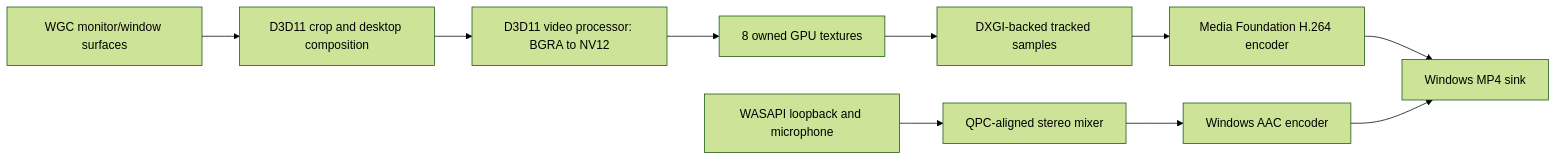
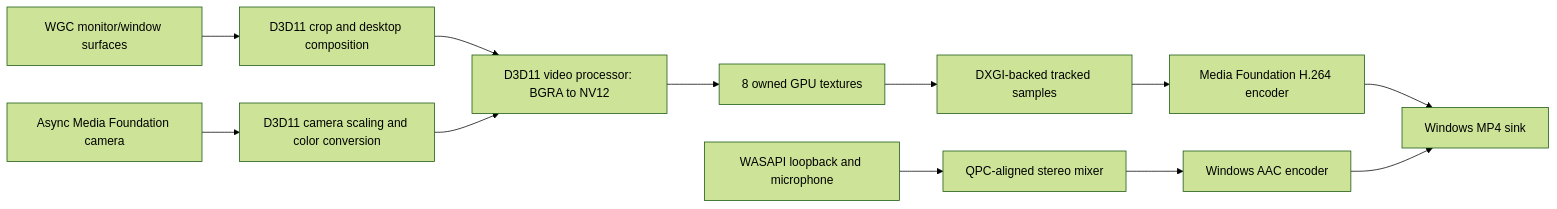
One commit to DDDMUC/ShareX changed the diagram in ShareX.ScreenRecordingLib/README.md. Above: the diagram before and after it, drawn with Mermaid (forest theme). The commit also changed other lines of this file and 41 other files, not shown here.

````diff
--- a/ShareX.ScreenRecordingLib/README.md
+++ b/ShareX.ScreenRecordingLib/README.md
@@ -40,12 +40,14 @@
 ```mermaid
 flowchart LR
     W[WGC monitor/window surfaces] --> C[D3D11 crop and desktop composition]
     C --> V[D3D11 video processor: BGRA to NV12]
+    CAM[Async Media Foundation camera] --> TILE[D3D11 camera scaling and color conversion]
+    TILE --> V
     V --> P[8 owned GPU textures]
     P --> S[DXGI-backed tracked samples]
     S --> E[Media Foundation H.264 encoder]
     A[WASAPI loopback and microphone] --> M[QPC-aligned stereo mixer]
     M --> AAC[Windows AAC encoder]
     E --> MP4[Windows MP4 sink]
     AAC --> MP4
 ```
````
